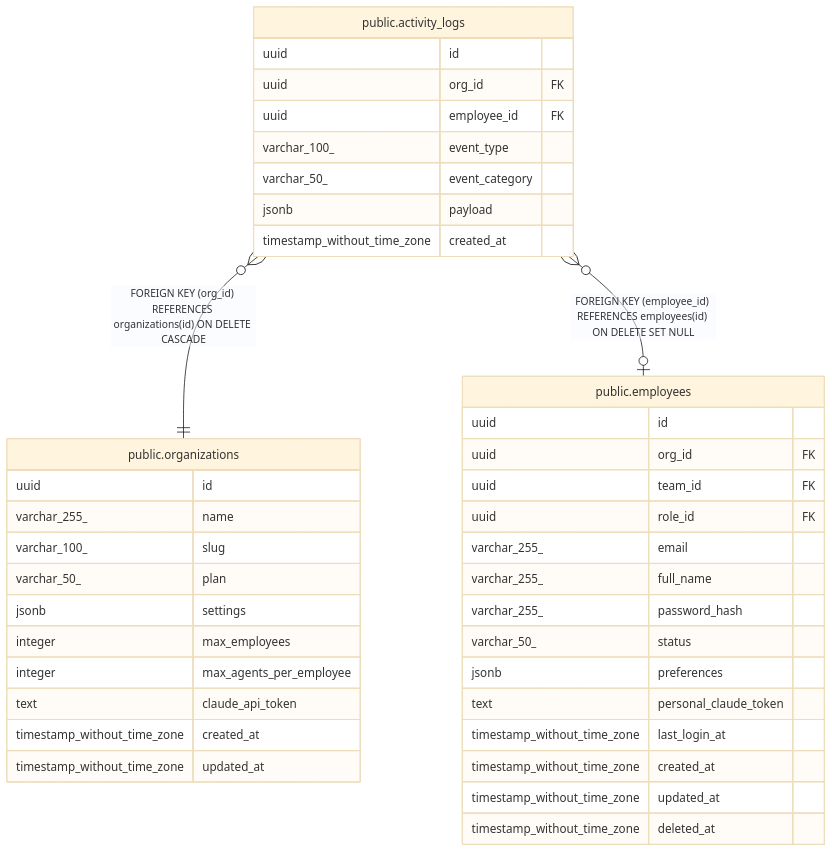
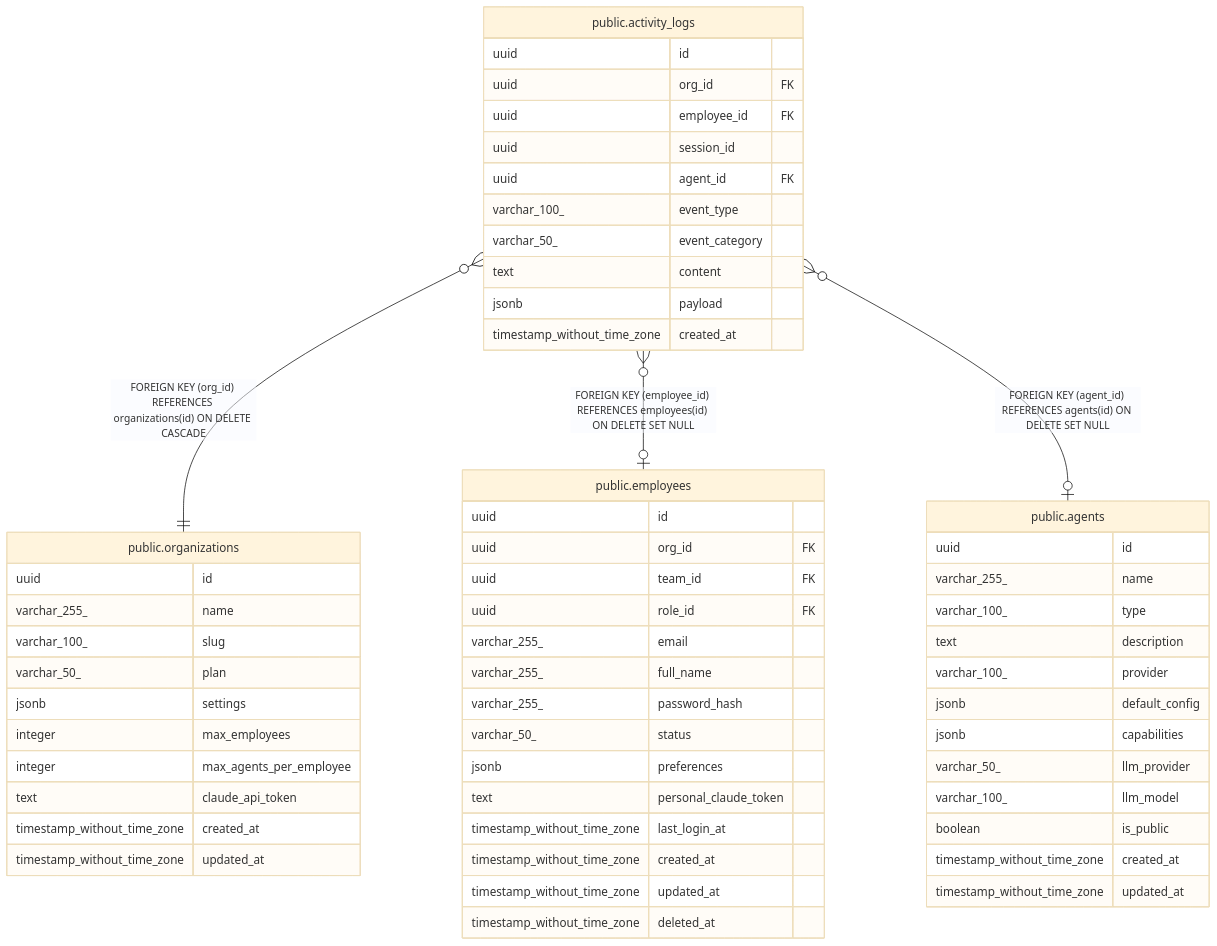
The diagram in docs/public.activity_logs.md (rastrigin-systems/arfa), drawn with Mermaid (base theme) before and after one commit. The commit also changed other lines of this file and 29 other files, not shown here.

````diff
--- a/docs/public.activity_logs.md
+++ b/docs/public.activity_logs.md
@@ -37,44 +44,62 @@
 ```mermaid
 erDiagram
 
 "public.activity_logs" }o--|| "public.organizations" : "FOREIGN KEY (org_id) REFERENCES organizations(id) ON DELETE CASCADE"
 "public.activity_logs" }o--o| "public.employees" : "FOREIGN KEY (employee_id) REFERENCES employees(id) ON DELETE SET NULL"
+"public.activity_logs" }o--o| "public.agents" : "FOREIGN KEY (agent_id) REFERENCES agents(id) ON DELETE SET NULL"
 
 "public.activity_logs" {
   uuid id
   uuid org_id FK
   uuid employee_id FK
+  uuid session_id
+  uuid agent_id FK
   varchar_100_ event_type
   varchar_50_ event_category
+  text content
   jsonb payload
   timestamp_without_time_zone created_at
 }
 "public.organizations" {
   uuid id
   varchar_255_ name
   varchar_100_ slug
   varchar_50_ plan
   jsonb settings
   integer max_employees
   integer max_agents_per_employee
   text claude_api_token
   timestamp_without_time_zone created_at
   timestamp_without_time_zone updated_at
 }
 "public.employees" {
   uuid id
   uuid org_id FK
   uuid team_id FK
   uuid role_id FK
   varchar_255_ email
   varchar_255_ full_name
   varchar_255_ password_hash
   varchar_50_ status
   jsonb preferences
   text personal_claude_token
   timestamp_without_time_zone last_login_at
   timestamp_without_time_zone created_at
   timestamp_without_time_zone updated_at
   timestamp_without_time_zone deleted_at
 }
+"public.agents" {
+  uuid id
+  varchar_255_ name
+  varchar_100_ type
+  text description
+  varchar_100_ provider
+  jsonb default_config
+  jsonb capabilities
+  varchar_50_ llm_provider
+  varchar_100_ llm_model
+  boolean is_public
+  timestamp_without_time_zone created_at
+  timestamp_without_time_zone updated_at
+}
 ```
````
